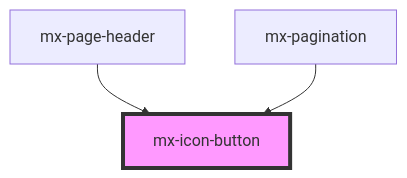
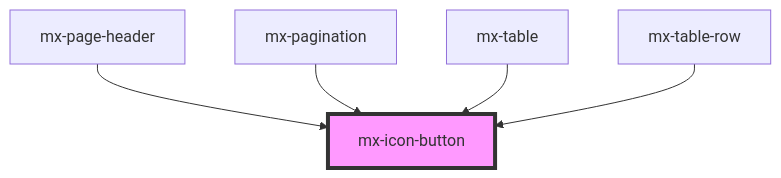
One commit to kevinleedrum/mds changed the diagram in src/components/mx-icon-button/readme.md. Above: the diagram before and after it, drawn with Mermaid. The commit also changed other lines of this file and 448 other files, not shown here.

````diff
--- a/src/components/mx-icon-button/readme.md
+++ b/src/components/mx-icon-button/readme.md
@@ -30,6 +32,8 @@
 ```mermaid
 graph TD;
   mx-page-header --> mx-icon-button
   mx-pagination --> mx-icon-button
+  mx-table --> mx-icon-button
+  mx-table-row --> mx-icon-button
   style mx-icon-button fill:#f9f,stroke:#333,stroke-width:4px
 ```
````
